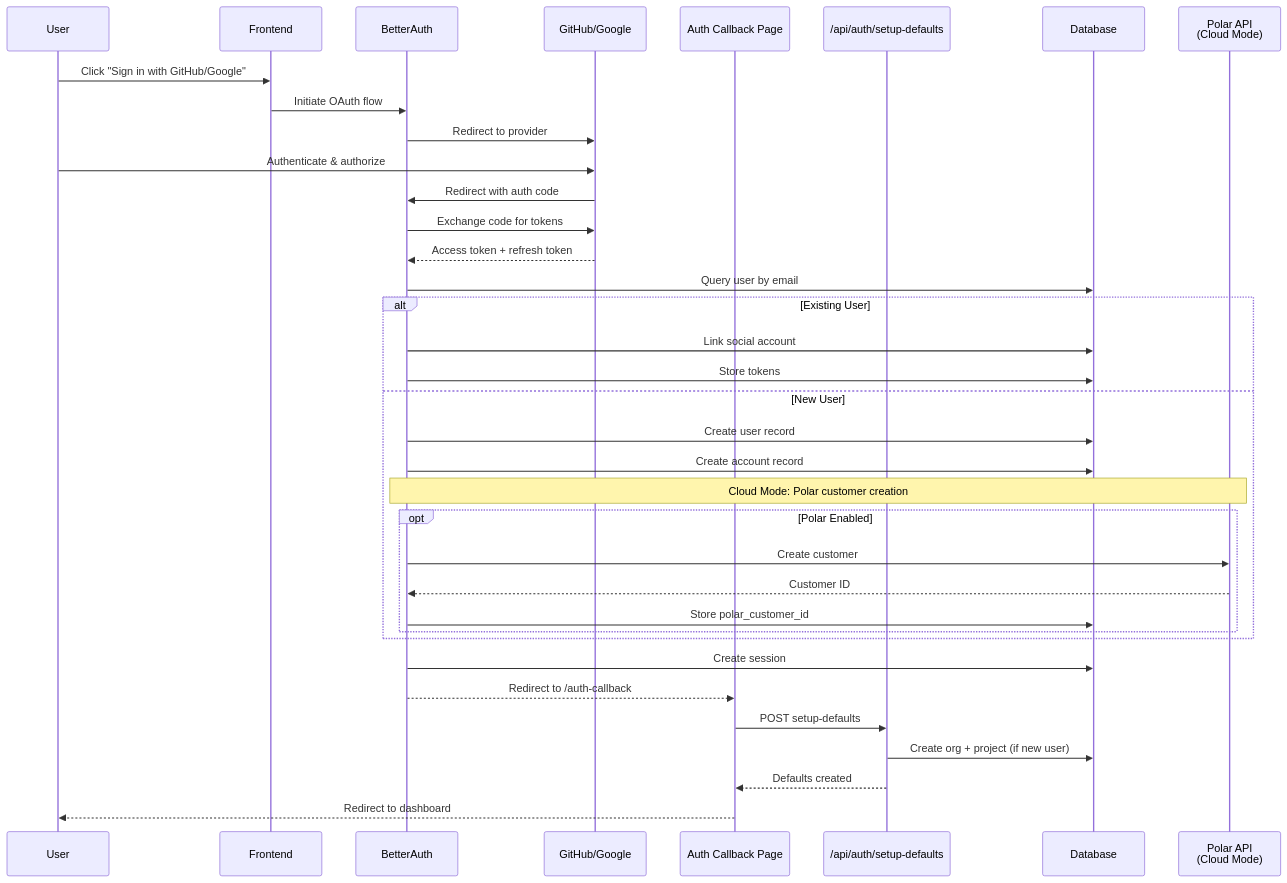
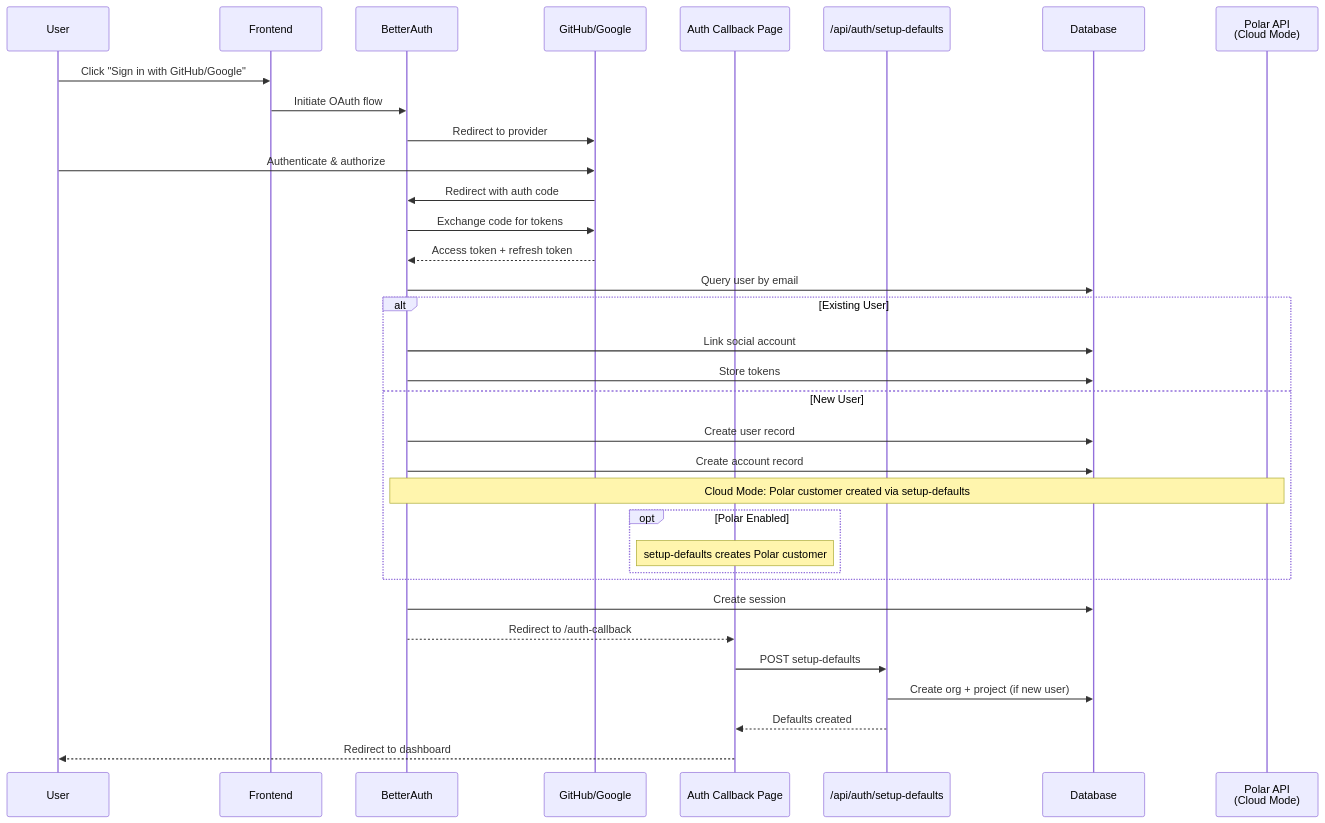
The sixth of 19 diagrams in docs/specs/02-authentication/AUTHENTICATION_SYSTEM.md (supercheck-io/supercheck), drawn with Mermaid before and after one commit. The commit also changed other lines of this file and 45 other files, not shown here.

Commit message:
feat: Add Turnstile Captcha, enforce email verification for cloud org creation, and remove disposable email validation.**

````diff
--- a/docs/specs/02-authentication/AUTHENTICATION_SYSTEM.md
+++ b/docs/specs/02-authentication/AUTHENTICATION_SYSTEM.md
@@ -302,45 +297,43 @@
 ```mermaid
 sequenceDiagram
     participant User
     participant Frontend
     participant BetterAuth
     participant OAuth as GitHub/Google
     participant Callback as Auth Callback Page
     participant Setup as /api/auth/setup-defaults
     participant Database
     participant Polar as Polar API<br/>(Cloud Mode)
 
     User->>Frontend: Click "Sign in with GitHub/Google"
     Frontend->>BetterAuth: Initiate OAuth flow
     BetterAuth->>OAuth: Redirect to provider
     User->>OAuth: Authenticate & authorize
 
     OAuth->>BetterAuth: Redirect with auth code
     BetterAuth->>OAuth: Exchange code for tokens
     OAuth-->>BetterAuth: Access token + refresh token
 
     BetterAuth->>Database: Query user by email
 
     alt Existing User
         BetterAuth->>Database: Link social account
         BetterAuth->>Database: Store tokens
     else New User
         BetterAuth->>Database: Create user record
         BetterAuth->>Database: Create account record
 
-        Note over BetterAuth,Polar: Cloud Mode: Polar customer creation
+        Note over BetterAuth,Polar: Cloud Mode: Polar customer created via setup-defaults
         opt Polar Enabled
-            BetterAuth->>Polar: Create customer
-            Polar-->>BetterAuth: Customer ID
-            BetterAuth->>Database: Store polar_customer_id
+            Note over Callback: setup-defaults creates Polar customer
         end
     end
 
     BetterAuth->>Database: Create session
     BetterAuth-->>Callback: Redirect to /auth-callback
     Callback->>Setup: POST setup-defaults
     Setup->>Database: Create org + project (if new user)
     Setup-->>Callback: Defaults created
 
     Callback-->>User: Redirect to dashboard
 ```
````
